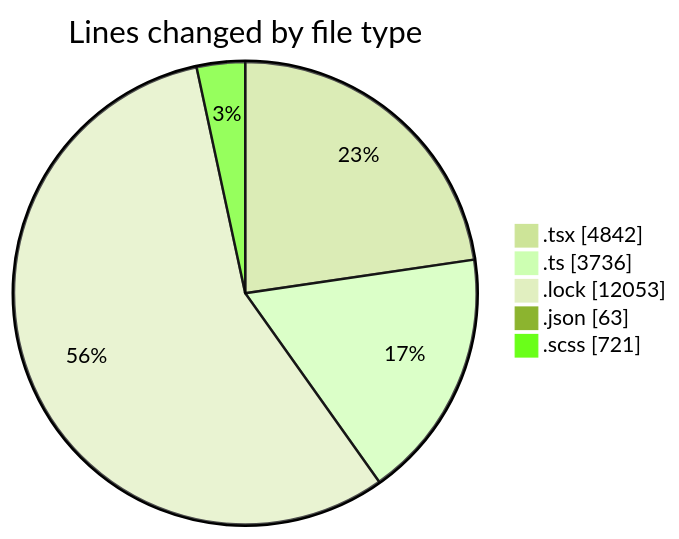
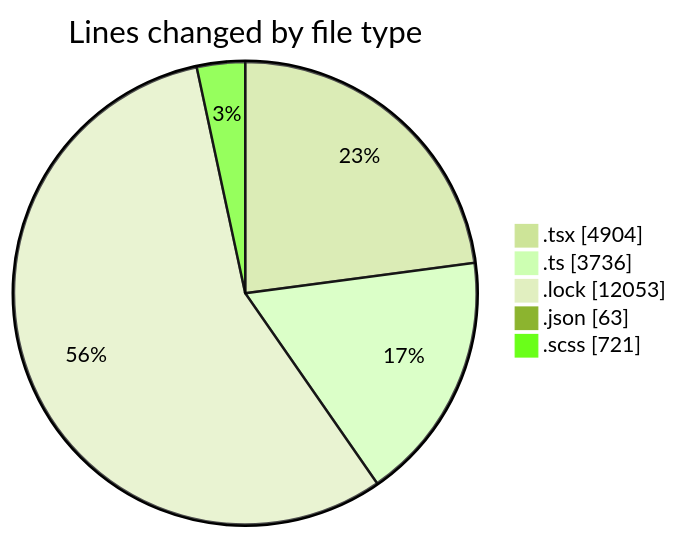
One commit to momahboobian/code-tracking changed the first of 2 diagrams in 2025-12-03/cda/README.md. Above: the diagram before and after it, drawn with Mermaid (forest theme). The commit also changed other lines of this file and 1 other file, not shown here.

````diff
--- a/2025-12-03/cda/README.md
+++ b/2025-12-03/cda/README.md
@@ -32,9 +32,9 @@
 ```mermaid
 pie showData
 title Lines changed by file type
-".tsx" : 4842
+".tsx" : 4904
 ".ts" : 3736
 ".lock" : 12053
 ".json" : 63
 ".scss" : 721
 ```
````
